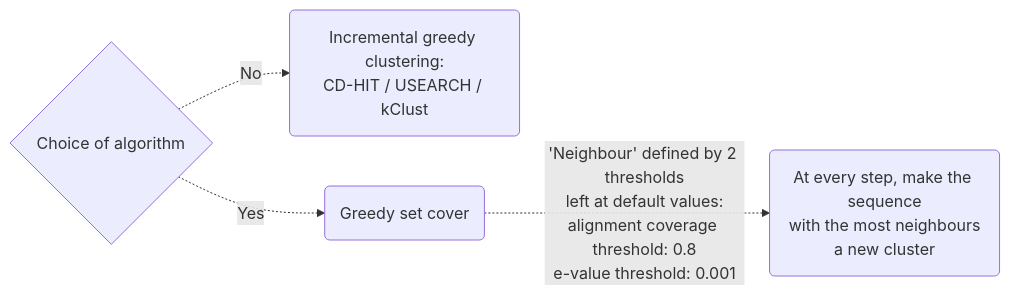
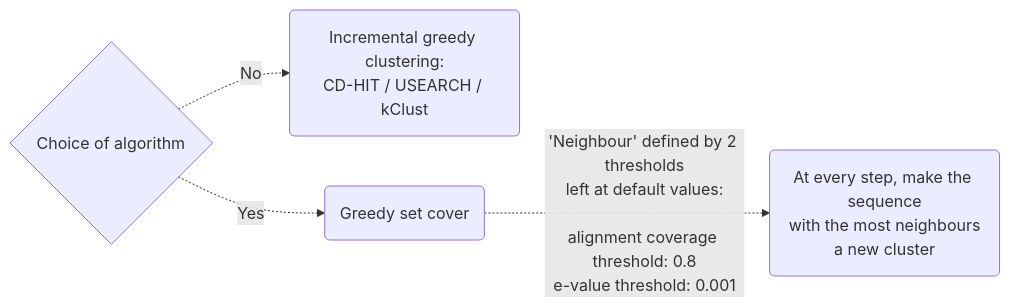
Before and after one commit to engelanna/androgen-receptor-clusters-world-map: the fourth of 5 diagrams in README.md, drawn with Mermaid. The commit also changed other lines of this file, not shown here.

````diff
--- a/README.md
+++ b/README.md
@@ -68,8 +71,9 @@
 ```mermaid
 graph LR
 E{Choice of algorithm} -.-> |No| F(Incremental greedy clustering:<br>CD-HIT / USEARCH / kClust)
 E -.-> |Yes| G(Greedy set cover)
 
-G -.-> |'Neighbour' defined by 2 thresholds<br>left at default values:<br>alignment coverage threshold: 0.8<br>e-value threshold: 0.001| H(At every step, make the sequence<br>with the most neighbours<br>a new cluster)
+G -.-> |'Neighbour' defined by 2 thresholds<br>left at default values:<br><br>alignment coverage threshold: 0.8<br>e-value threshold: 0.001| H(At every step, make the sequence<br>with the most neighbours<br>a new cluster)
+
 
 ```
````
